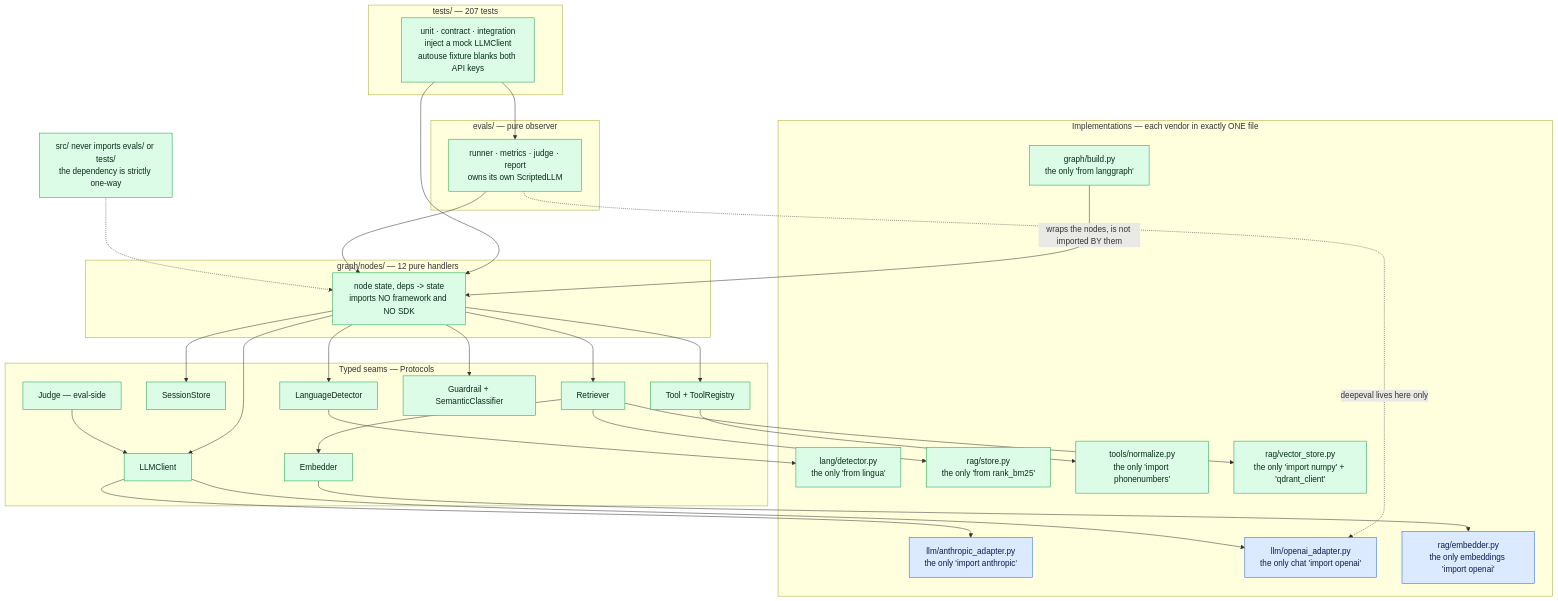
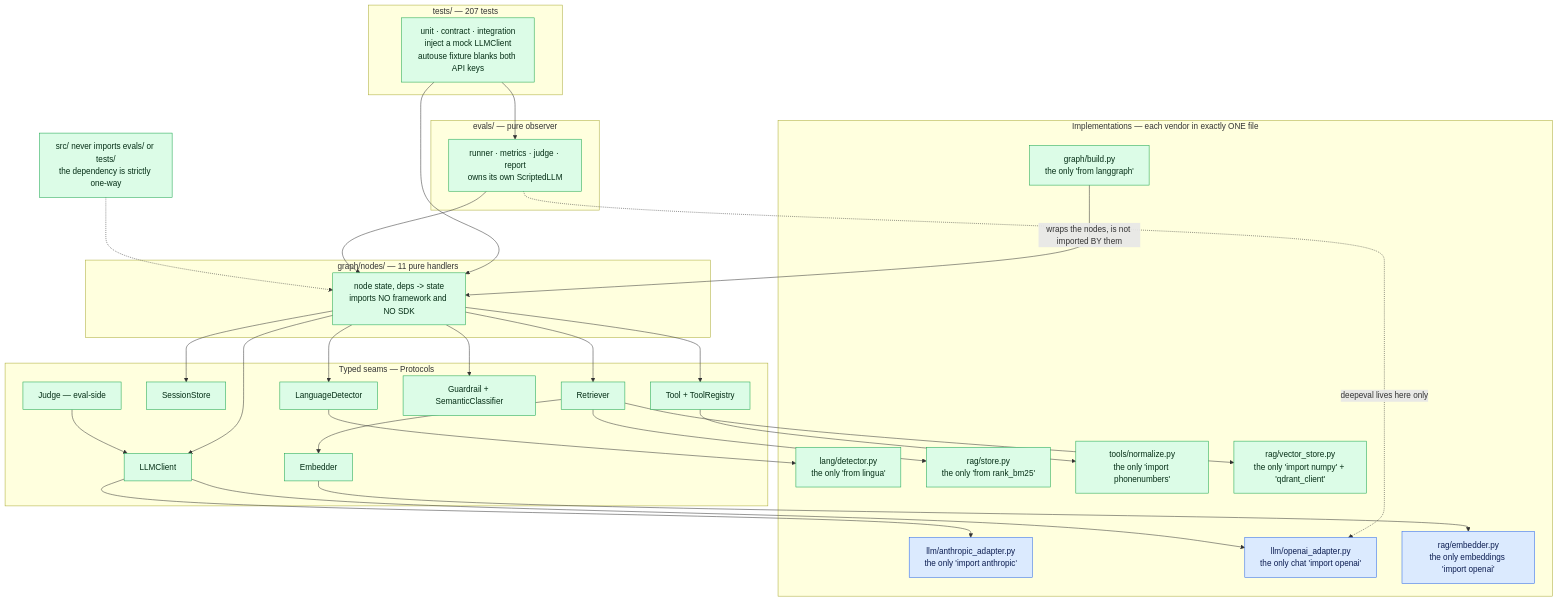
The sixth of 6 diagrams in docs/system-flow.md (Deyber2000/zapp-ai-agent), drawn with Mermaid before and after one commit. The commit also changed other lines of this file and 7 other files, not shown here.

Commit message:
docs: reconcile to the agent core + component map & refreshed layer diagrams

````diff
--- a/docs/system-flow.md
+++ b/docs/system-flow.md
@@ -360,65 +357,65 @@
 ```mermaid
 flowchart TB
     subgraph tests["tests/ — 207 tests"]
         TT["unit · contract · integration<br/>inject a mock LLMClient<br/>autouse fixture blanks both API keys"]
     end
 
     subgraph ev["evals/ — pure observer"]
         EV["runner · metrics · judge · report<br/>owns its own ScriptedLLM"]
     end
 
-    subgraph nodes["graph/nodes/ — 12 pure handlers"]
+    subgraph nodes["graph/nodes/ — 11 pure handlers"]
         ND["node state, deps -> state<br/>imports NO framework and NO SDK"]
     end
 
     subgraph seams["Typed seams — Protocols"]
         P1["LLMClient"]
         P2["Retriever"]
         P3["Embedder"]
         P4["SessionStore"]
         P5["LanguageDetector"]
         P6["Tool + ToolRegistry"]
         P7["Guardrail + SemanticClassifier"]
         P8["Judge — eval-side"]
     end
 
     subgraph impls["Implementations — each vendor in exactly ONE file"]
         I1["llm/anthropic_adapter.py<br/>the only 'import anthropic'"]
         I2["llm/openai_adapter.py<br/>the only chat 'import openai'"]
         I3["rag/embedder.py<br/>the only embeddings 'import openai'"]
         I4["graph/build.py<br/>the only 'from langgraph'"]
         I5["lang/detector.py<br/>the only 'from lingua'"]
         I6["rag/store.py<br/>the only 'from rank_bm25'"]
         I7["tools/normalize.py<br/>the only 'import phonenumbers'"]
         I8["rag/vector_store.py<br/>the only 'import numpy' + 'qdrant_client'"]
     end
 
     TT --> EV
     TT --> ND
     EV --> ND
     EV -.->|"deepeval lives here only"| I2
     ND --> P1
     ND --> P2
     ND --> P4
     ND --> P5
     ND --> P6
     ND --> P7
     P1 --> I1
     P1 --> I2
     P2 --> I6
     P2 --> I8
     P3 --> I3
     P2 --> P3
     P5 --> I5
     P6 --> I7
     P8 --> P1
     I4 -->|"wraps the nodes, is not imported BY them"| ND
 
     NEV["src/ never imports evals/ or tests/<br/>the dependency is strictly one-way"]
     NEV -.-> ND
 
     classDef det fill:#dcfce7,stroke:#16a34a,color:#052e16;
     classDef llm fill:#dbeafe,stroke:#2563eb,color:#0c1d51;
     class TT,EV,ND,P1,P2,P3,P4,P5,P6,P7,P8,I4,I5,I6,I7,I8,NEV det;
     class I1,I2,I3 llm;
 ```
````
